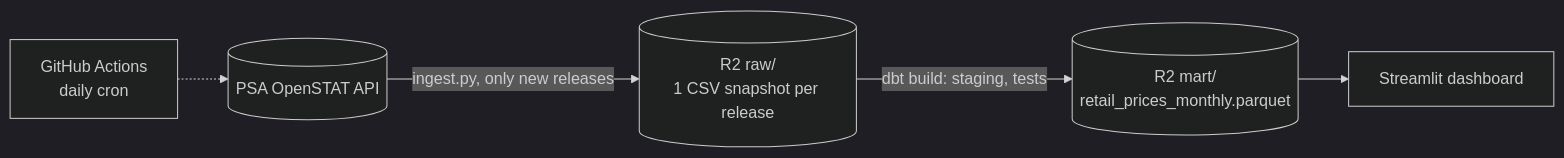
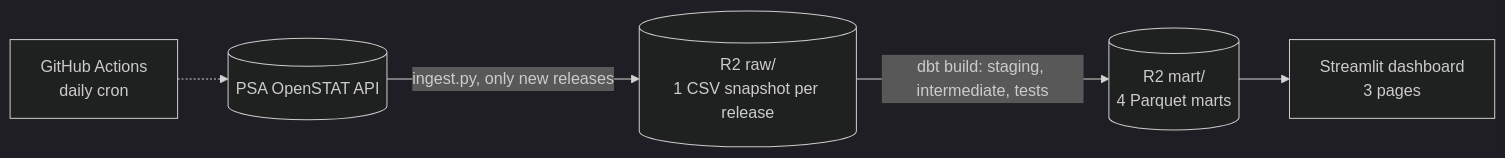
One commit to crylz-z/Agri-Price-Intelligence-Platform changed the diagram in README.md. Above: the diagram before and after it, drawn with Mermaid (dark theme). The commit also changed other lines of this file and 10 other files, not shown here.

First line of the commit message:
refactor(dashboard): cut to 3 plain pages, one per mart group

````diff
--- a/README.md
+++ b/README.md
@@ -7,7 +7,7 @@
 ```mermaid
 graph LR
     PSA[("PSA OpenSTAT API")] -->|ingest.py, only new releases| RAW[("R2 raw/<br/>1 CSV snapshot per release")]
-    RAW -->|dbt build: staging, tests| MART[("R2 mart/<br/>retail_prices_monthly.parquet")]
-    MART --> UI["Streamlit dashboard"]
+    RAW -->|dbt build: staging, intermediate, tests| MART[("R2 mart/<br/>4 Parquet marts")]
+    MART --> UI["Streamlit dashboard<br/>3 pages"]
     CRON["GitHub Actions<br/>daily cron"] -.-> PSA
 ```
````
